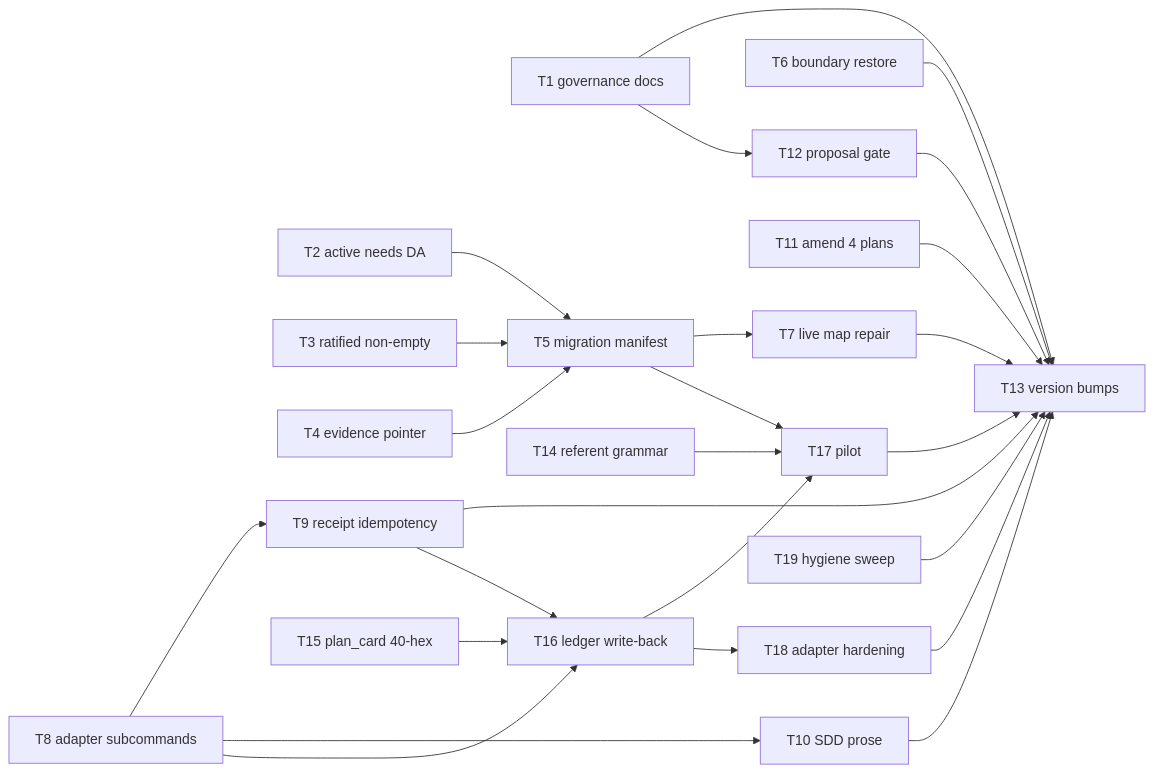
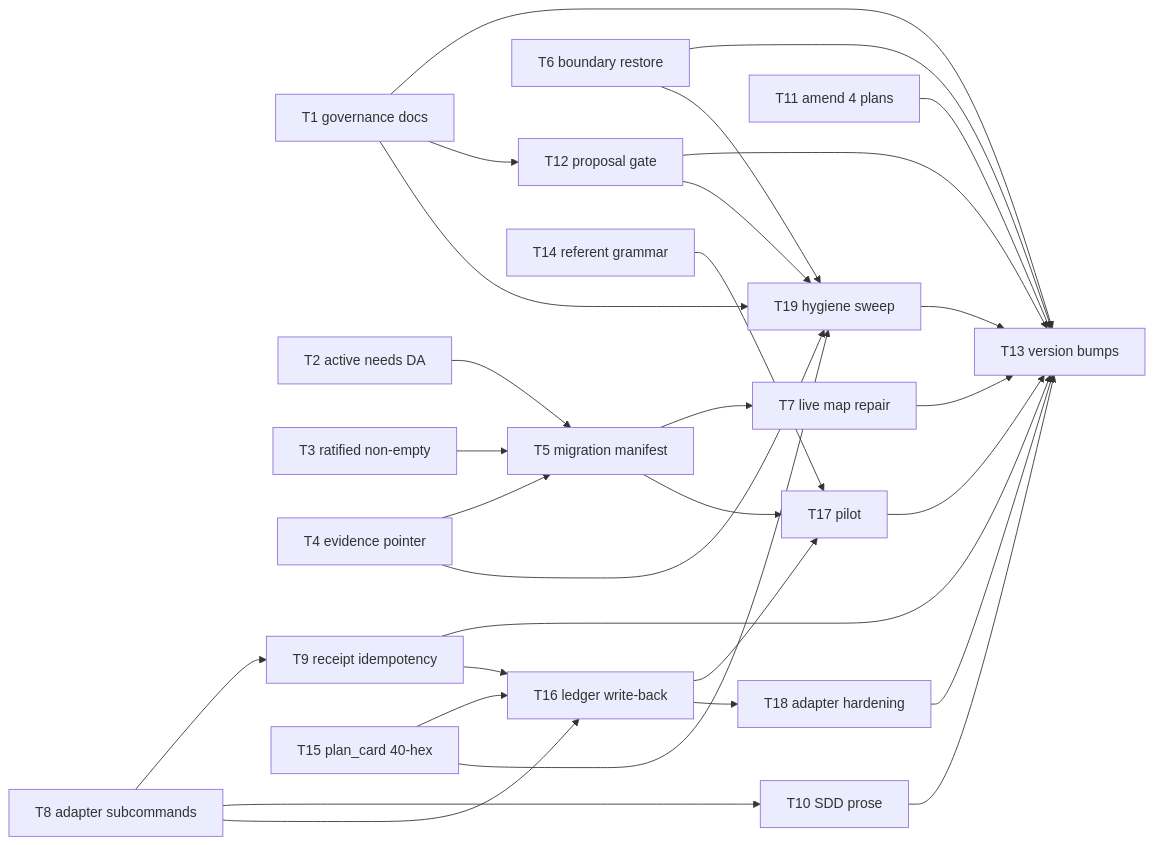
Before and after one commit to kouko/monkey-skills: the diagram in docs/loom/plans/2026-08-31-contract-repair-post-v3.md, drawn with Mermaid. The commit also changed other lines of this file, not shown here.

````diff
--- a/docs/loom/plans/2026-08-31-contract-repair-post-v3.md
+++ b/docs/loom/plans/2026-08-31-contract-repair-post-v3.md
@@ -17,21 +17,25 @@
 ```mermaid
 flowchart LR
 T1[T1 governance docs] --> T13[T13 version bumps]
 T2[T2 active needs DA] --> T5[T5 migration manifest] --> T7[T7 live map repair] --> T13
 T3[T3 ratified non-empty] --> T5
 T4[T4 evidence pointer] --> T5
 T6[T6 boundary restore] --> T13
 T8[T8 adapter subcommands] --> T9[T9 receipt idempotency] --> T13
 T10[T10 SDD prose] --> T13
 T11[T11 amend 4 plans] --> T13
 T12[T12 proposal gate] --> T13
 T1 --> T12
 T8 --> T10
 T14[T14 referent grammar] --> T17[T17 pilot] --> T13
 T15[T15 plan_card 40-hex] --> T16[T16 ledger write-back] --> T17
 T16 --> T18[T18 adapter hardening] --> T13
-T19[T19 hygiene sweep] --> T13
+T1 --> T19[T19 hygiene sweep] --> T13
+T4 --> T19
+T6 --> T19
+T12 --> T19
+T15 --> T19
 T8 --> T16
 T9 --> T16
 T5 --> T17
 ```
````
